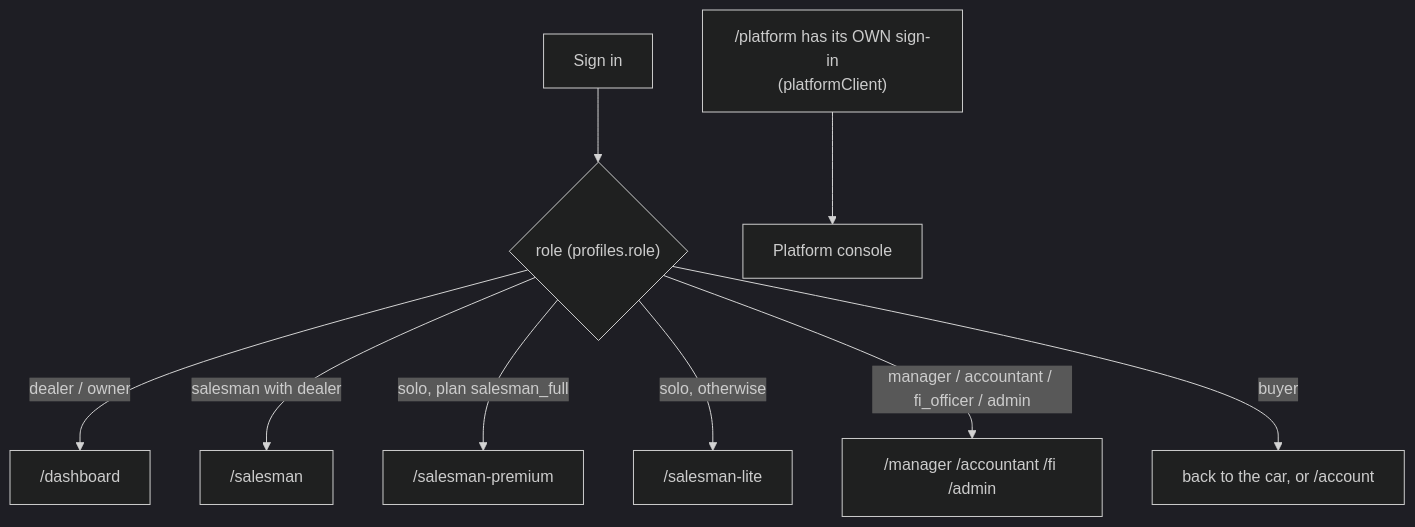
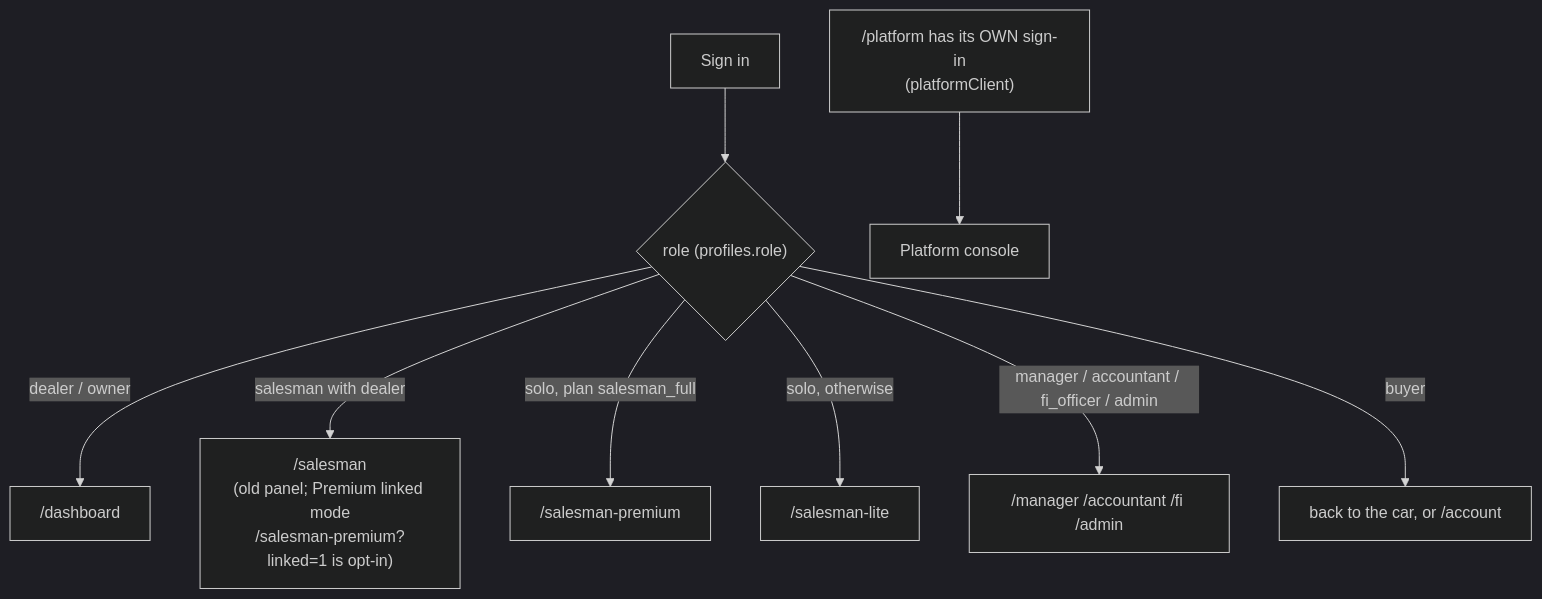
One commit to auzyvyth/ShiftOS changed the fifth of 6 diagrams in docs/ARCHITECTURE.md. Above: the diagram before and after it, drawn with Mermaid (dark theme). The commit also changed other lines of this file and 53 other files, not shown here.

First line of the commit message:
Release 2026-11-12: everything on staging (dealer redesign, linked-salesman Premium, drevo.my finish, fixes) (#593)

````diff
--- a/docs/ARCHITECTURE.md
+++ b/docs/ARCHITECTURE.md
@@ -197,11 +197,11 @@
 ```mermaid
 flowchart TD
   S[Sign in] --> RR{"role (profiles.role)"}
   RR -->|dealer / owner| D["/dashboard"]
-  RR -->|salesman with dealer| SM["/salesman"]
+  RR -->|salesman with dealer| SM["/salesman<br/>(old panel; Premium linked mode<br/>/salesman-premium?linked=1 is opt-in)"]
   RR -->|solo, plan salesman_full| SP["/salesman-premium"]
   RR -->|solo, otherwise| SLt["/salesman-lite"]
   RR -->|manager / accountant / fi_officer / admin| O["/manager /accountant /fi /admin"]
   RR -->|buyer| BA[back to the car, or /account]
   PA["/platform has its OWN sign-in<br/>(platformClient)"] --> PC[Platform console]
 ```
````
